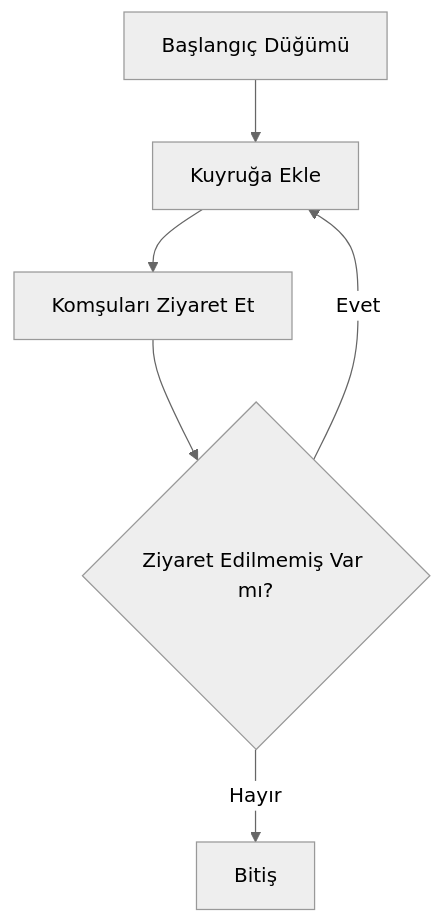
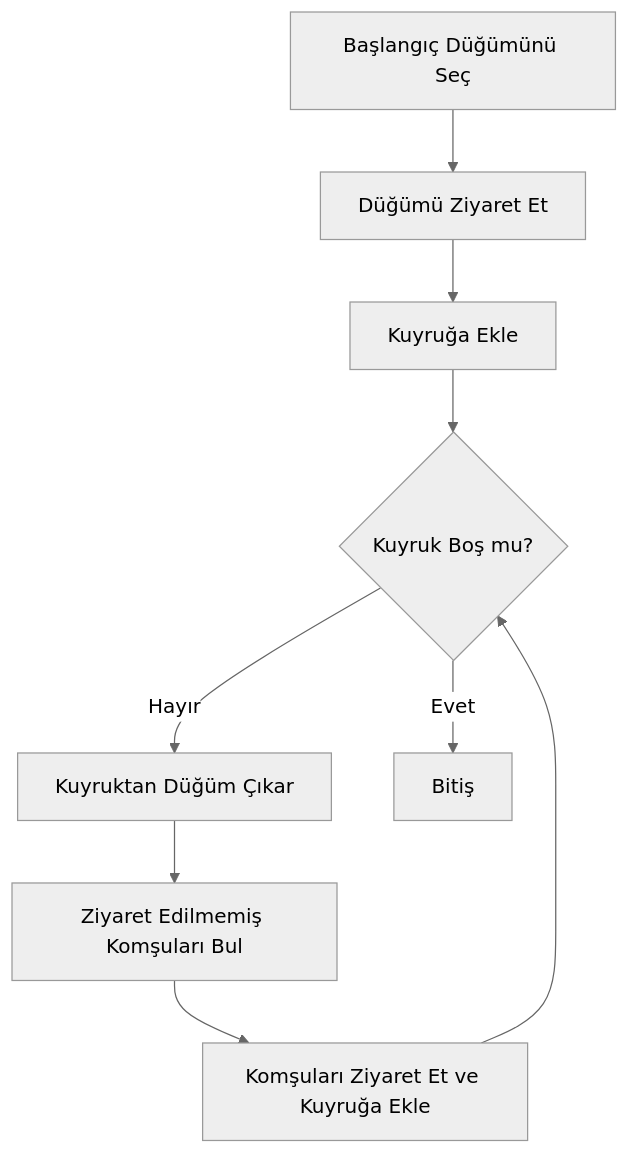
One commit to AboubacarSow/yazlab-proje-II changed the first of 4 diagrams in README.md. Above: the diagram before and after it, drawn with Mermaid (neutral theme). The commit also changed other lines of this file, not shown here.

````diff
--- a/README.md
+++ b/README.md
@@ -65,8 +77,11 @@
 ```mermaid
 flowchart TD
-A[Başlangıç Düğümü] --> B[Kuyruğa Ekle]
-B --> C[Komşuları Ziyaret Et]
-C --> D{Ziyaret Edilmemiş Var mı?}
-D -->|Evet| B
-D -->|Hayır| E[Bitiş]
+    A[Başlangıç Düğümünü Seç] --> B[Düğümü Ziyaret Et]
+    B --> C[Kuyruğa Ekle]
+    C --> D{Kuyruk Boş mu?}
+    D -->|Hayır| E[Kuyruktan Düğüm Çıkar]
+    E --> F[Ziyaret Edilmemiş Komşuları Bul]
+    F --> G[Komşuları Ziyaret Et ve Kuyruğa Ekle]
+    G --> D
+    D -->|Evet| H[Bitiş]
 ```
````
